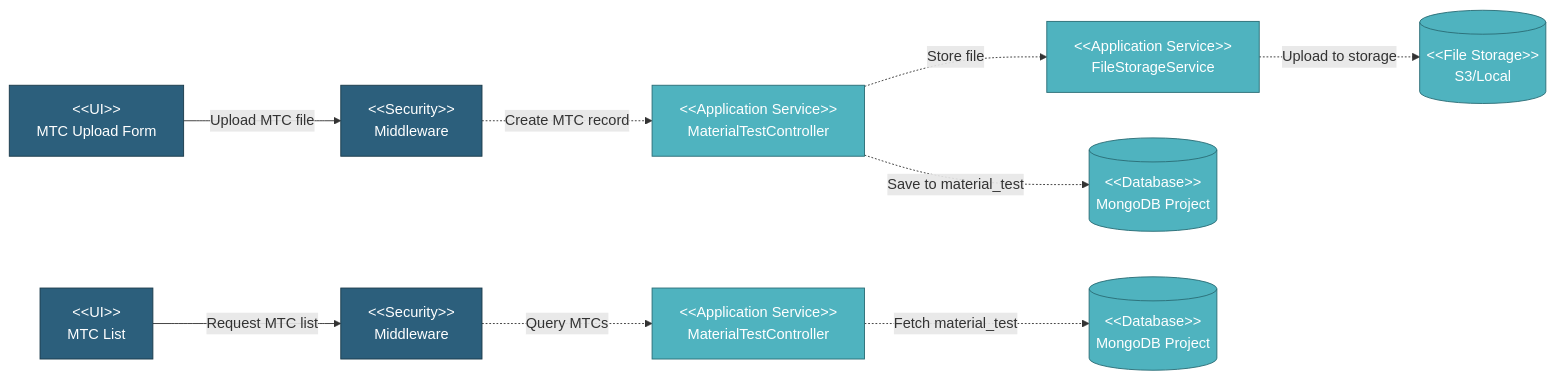
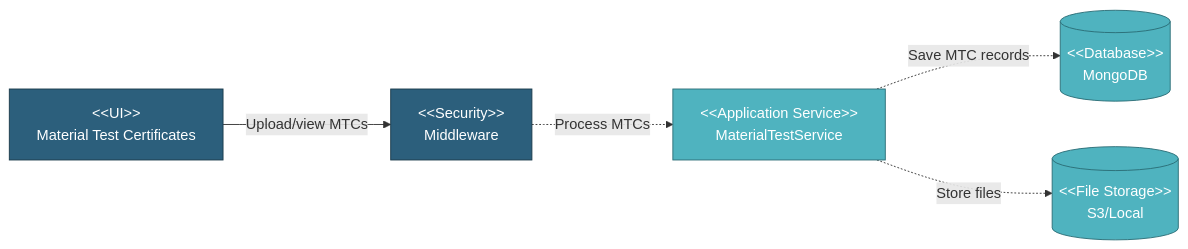
The diagram in docs/TDD/05-Component-Design/5.4-Work-Order-Module/5.4.7-Material-Test-Certificates.md (faizalmuzakki/pipeline-docs), drawn with Mermaid before and after one commit. The commit also changed other lines of this file and 5 other files, not shown here.

````diff
--- a/docs/TDD/05-Component-Design/5.4-Work-Order-Module/5.4.7-Material-Test-Certificates.md
+++ b/docs/TDD/05-Component-Design/5.4-Work-Order-Module/5.4.7-Material-Test-Certificates.md
@@ -9,39 +9,19 @@
 ```mermaid
 graph LR
-    UI_UPLOAD["&lt;&lt;UI&gt;&gt;<br/>MTC Upload Form"]
-    UI_LIST["&lt;&lt;UI&gt;&gt;<br/>MTC List"]
-
-    SEC1["&lt;&lt;Security&gt;&gt;<br/>Middleware"]
-    SEC2["&lt;&lt;Security&gt;&gt;<br/>Middleware"]
-
-    MTC_SVC1["&lt;&lt;Application Service&gt;&gt;<br/>MaterialTestController"]
-    MTC_SVC2["&lt;&lt;Application Service&gt;&gt;<br/>MaterialTestController"]
-    FILE_SVC["&lt;&lt;Application Service&gt;&gt;<br/>FileStorageService"]
-
-    DB1[("&lt;&lt;Database&gt;&gt;<br/>MongoDB Project")]
-    DB2[("&lt;&lt;Database&gt;&gt;<br/>MongoDB Project")]
+    UI_MTC["&lt;&lt;UI&gt;&gt;<br/>Material Test Certificates"]
+    SEC["&lt;&lt;Security&gt;&gt;<br/>Middleware"]
+    MTC_SVC["&lt;&lt;Application Service&gt;&gt;<br/>MaterialTestService"]
+    DB[("&lt;&lt;Database&gt;&gt;<br/>MongoDB")]
     STORAGE[("&lt;&lt;File Storage&gt;&gt;<br/>S3/Local")]
 
-    %% Upload MTC Flow
-    UI_UPLOAD -->|Upload MTC file| SEC1
-    SEC1 -.->|Create MTC record| MTC_SVC1
-    MTC_SVC1 -.->|Save to material_test| DB1
-    MTC_SVC1 -.->|Store file| FILE_SVC
-    FILE_SVC -.->|Upload to storage| STORAGE
+    UI_MTC -->|Upload/view MTCs| SEC
+    SEC -.->|Process MTCs| MTC_SVC
+    MTC_SVC -.->|Save MTC records| DB
+    MTC_SVC -.->|Store files| STORAGE
 
-    %% View MTC Flow
-    UI_LIST -->|Request MTC list| SEC2
-    SEC2 -.->|Query MTCs| MTC_SVC2
-    MTC_SVC2 -.->|Fetch material_test| DB2
-
-    style UI_UPLOAD fill:#2C5F7C,stroke:#1a3a4a,color:#fff
-    style UI_LIST fill:#2C5F7C,stroke:#1a3a4a,color:#fff
-    style SEC1 fill:#2C5F7C,stroke:#1a3a4a,color:#fff
-    style SEC2 fill:#2C5F7C,stroke:#1a3a4a,color:#fff
-    style MTC_SVC1 fill:#4FB3BF,stroke:#2a6d76,color:#fff
-    style MTC_SVC2 fill:#4FB3BF,stroke:#2a6d76,color:#fff
-    style FILE_SVC fill:#4FB3BF,stroke:#2a6d76,color:#fff
-    style DB1 fill:#4FB3BF,stroke:#2a6d76,color:#fff
-    style DB2 fill:#4FB3BF,stroke:#2a6d76,color:#fff
+    style UI_MTC fill:#2C5F7C,stroke:#1a3a4a,color:#fff
+    style SEC fill:#2C5F7C,stroke:#1a3a4a,color:#fff
+    style MTC_SVC fill:#4FB3BF,stroke:#2a6d76,color:#fff
+    style DB fill:#4FB3BF,stroke:#2a6d76,color:#fff
     style STORAGE fill:#4FB3BF,stroke:#2a6d76,color:#fff
 ```
````
